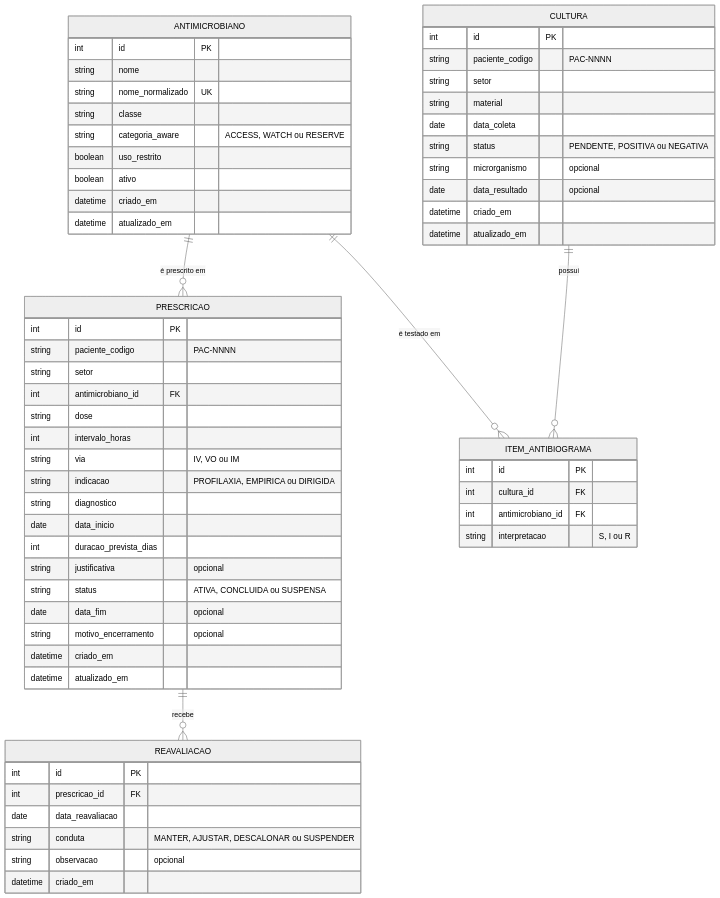
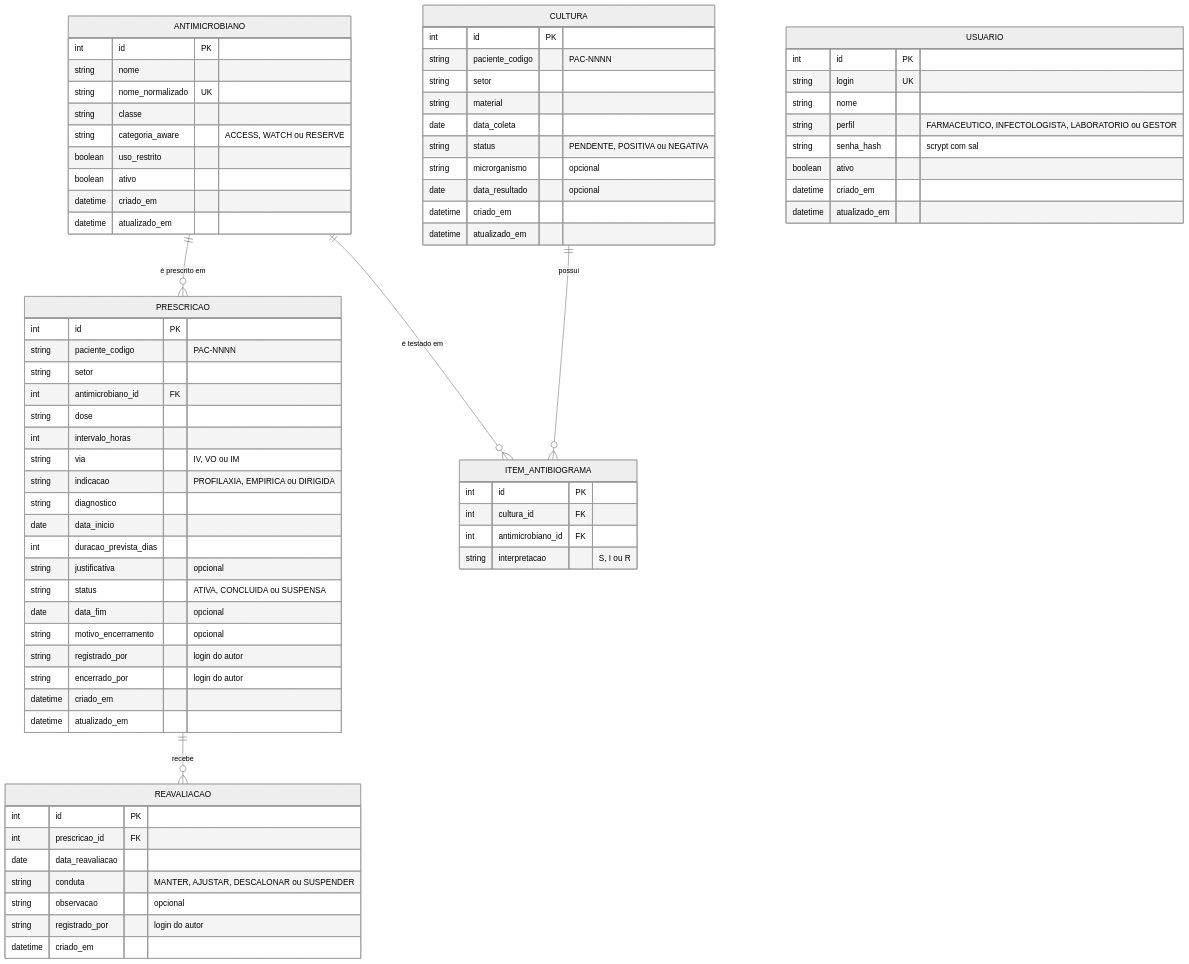
Before and after one commit to Antonio-avsp/Projeto_Antimicrobiano_Inteligente: the first of 2 diagrams in docs/modelo-de-dados.md, drawn with Mermaid (neutral theme). The commit also changed other lines of this file and 5 other files, not shown here.

````diff
--- a/docs/modelo-de-dados.md
+++ b/docs/modelo-de-dados.md
@@ -9,64 +9,77 @@
 ```mermaid
 erDiagram
     ANTIMICROBIANO ||--o{ PRESCRICAO : "é prescrito em"
     PRESCRICAO ||--o{ REAVALIACAO : "recebe"
     CULTURA ||--o{ ITEM_ANTIBIOGRAMA : "possui"
     ANTIMICROBIANO ||--o{ ITEM_ANTIBIOGRAMA : "é testado em"
 
     ANTIMICROBIANO {
         int id PK
         string nome
         string nome_normalizado UK
         string classe
         string categoria_aware "ACCESS, WATCH ou RESERVE"
         boolean uso_restrito
         boolean ativo
         datetime criado_em
         datetime atualizado_em
     }
     PRESCRICAO {
         int id PK
         string paciente_codigo "PAC-NNNN"
         string setor
         int antimicrobiano_id FK
         string dose
         int intervalo_horas
         string via "IV, VO ou IM"
         string indicacao "PROFILAXIA, EMPIRICA ou DIRIGIDA"
         string diagnostico
         date data_inicio
         int duracao_prevista_dias
         string justificativa "opcional"
         string status "ATIVA, CONCLUIDA ou SUSPENSA"
         date data_fim "opcional"
         string motivo_encerramento "opcional"
+        string registrado_por "login do autor"
+        string encerrado_por "login do autor"
         datetime criado_em
         datetime atualizado_em
     }
     REAVALIACAO {
         int id PK
         int prescricao_id FK
         date data_reavaliacao
         string conduta "MANTER, AJUSTAR, DESCALONAR ou SUSPENDER"
         string observacao "opcional"
+        string registrado_por "login do autor"
         datetime criado_em
     }
     CULTURA {
         int id PK
         string paciente_codigo "PAC-NNNN"
         string setor
         string material
         date data_coleta
         string status "PENDENTE, POSITIVA ou NEGATIVA"
         string microrganismo "opcional"
         date data_resultado "opcional"
         datetime criado_em
         datetime atualizado_em
     }
     ITEM_ANTIBIOGRAMA {
         int id PK
         int cultura_id FK
         int antimicrobiano_id FK
         string interpretacao "S, I ou R"
     }
+    USUARIO {
+        int id PK
+        string login UK
+        string nome
+        string perfil "FARMACEUTICO, INFECTOLOGISTA, LABORATORIO ou GESTOR"
+        string senha_hash "scrypt com sal"
+        boolean ativo
+        datetime criado_em
+        datetime atualizado_em
+    }
 ```
````
